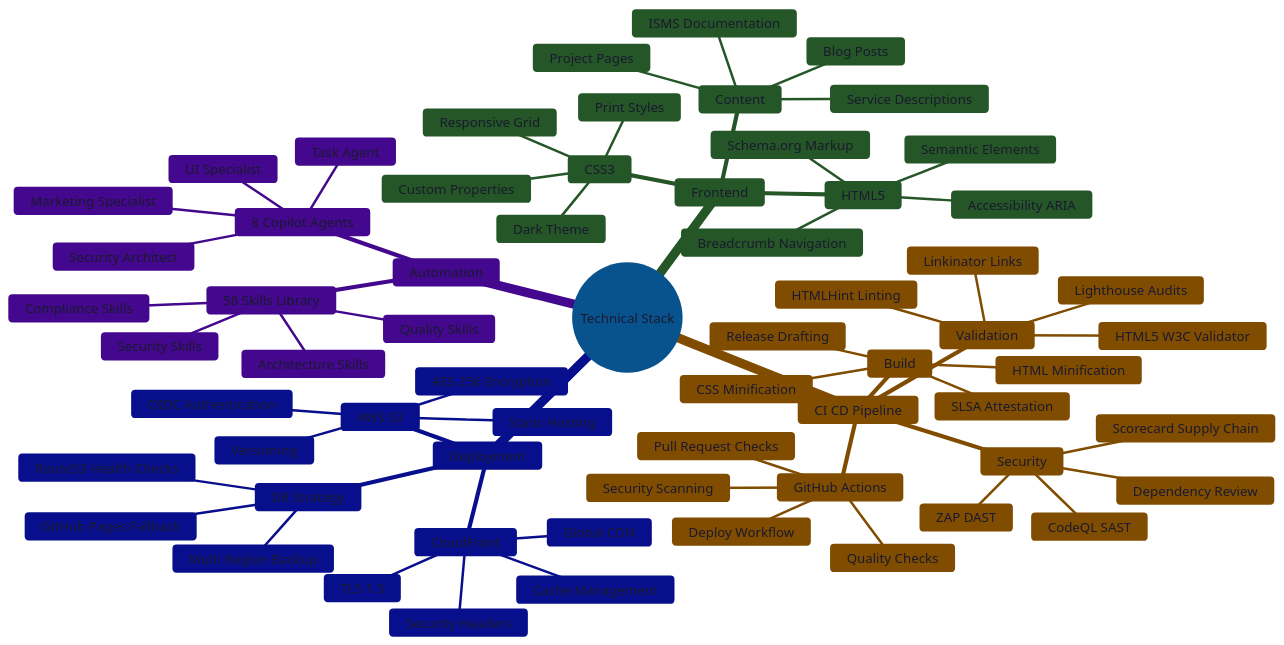
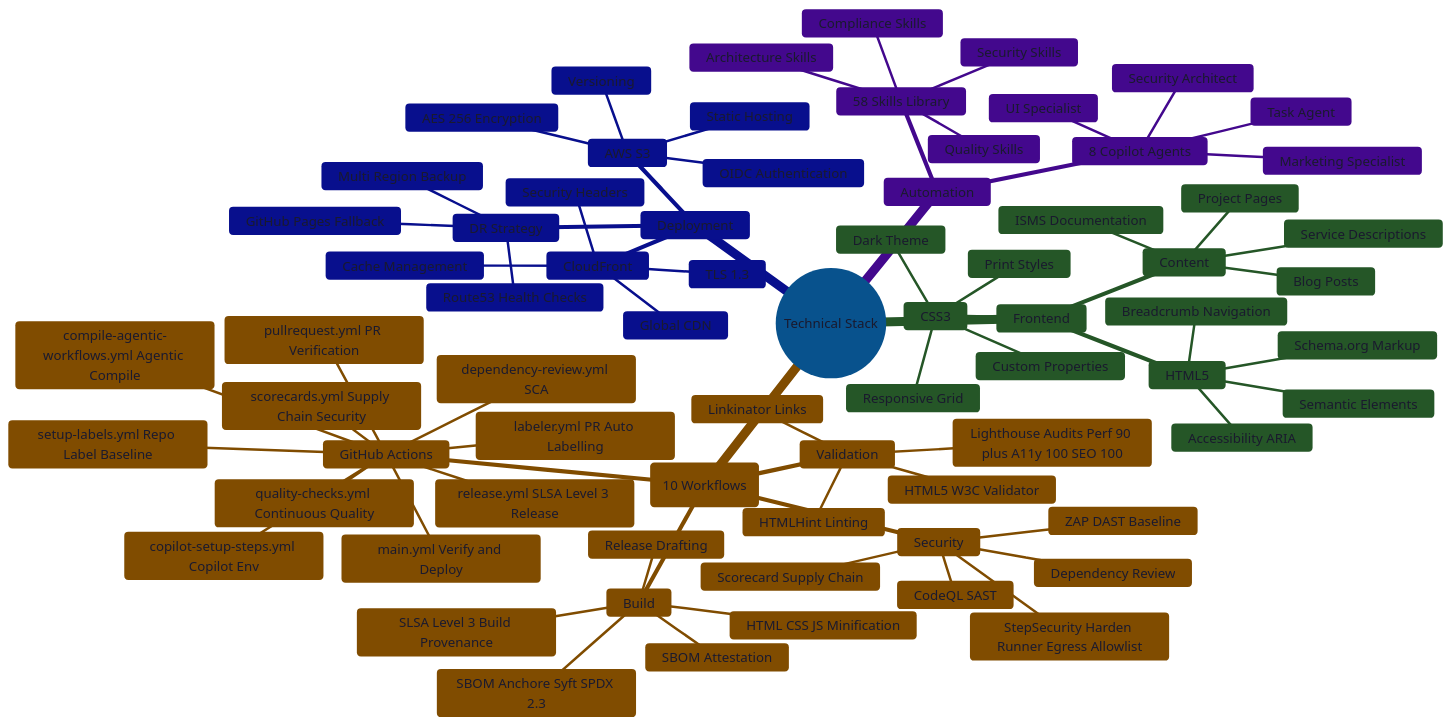
Before and after one commit to Hack23/homepage: the second of 3 diagrams in MINDMAP.md, drawn with Mermaid. The commit also changed other lines of this file and 3 other files, not shown here.

First line of the commit message:
docs: refresh DATA_MODEL/FLOWCHART/STATEDIAGRAM/MINDMAP

````diff
--- a/MINDMAP.md
+++ b/MINDMAP.md
@@ -148,68 +160,76 @@
 ```mermaid
 %%{init: {"theme": "base", "themeVariables": {"primaryColor": "#2196F3", "primaryTextColor": "#1a1a2e", "lineColor": "#455A64", "secondaryColor": "#4CAF50", "tertiaryColor": "#FF9800"}}}%%
 mindmap
   root((Technical Stack))
     Frontend
       HTML5
         Semantic Elements
         Schema.org Markup
         Accessibility ARIA
         Breadcrumb Navigation
       CSS3
         Custom Properties
         Responsive Grid
         Dark Theme
         Print Styles
       Content
         Blog Posts
         Project Pages
         Service Descriptions
         ISMS Documentation
-    CI CD Pipeline
+    CI CD Pipeline (10 Workflows)
       GitHub Actions
-        Pull Request Checks
-        Deploy Workflow
-        Quality Checks
-        Security Scanning
+        main.yml Verify and Deploy
+        pullrequest.yml PR Verification
+        quality-checks.yml Continuous Quality
+        scorecards.yml Supply Chain Security
+        dependency-review.yml SCA
+        release.yml SLSA Level 3 Release
+        copilot-setup-steps.yml Copilot Env
+        labeler.yml PR Auto Labelling
+        setup-labels.yml Repo Label Baseline
+        compile-agentic-workflows.yml Agentic Compile
       Validation
         HTMLHint Linting
         HTML5 W3C Validator
         Linkinator Links
-        Lighthouse Audits
+        Lighthouse Audits Perf 90 plus A11y 100 SEO 100
       Security
         CodeQL SAST
-        ZAP DAST
+        ZAP DAST Baseline
         Scorecard Supply Chain
         Dependency Review
+        StepSecurity Harden Runner Egress Allowlist
       Build
-        HTML Minification
-        CSS Minification
-        SLSA Attestation
+        HTML CSS JS Minification
+        SLSA Level 3 Build Provenance
+        SBOM Anchore Syft SPDX 2.3
+        SBOM Attestation
         Release Drafting
     Deployment
       AWS S3
         Static Hosting
         Versioning
         AES 256 Encryption
         OIDC Authentication
       CloudFront
         Global CDN
         TLS 1.3
         Security Headers
         Cache Management
       DR Strategy
         GitHub Pages Fallback
         Route53 Health Checks
         Multi Region Backup
     Automation
       8 Copilot Agents
         Task Agent
         UI Specialist
         Marketing Specialist
         Security Architect
       58 Skills Library
         Security Skills
         Quality Skills
         Compliance Skills
         Architecture Skills
 ```
````
